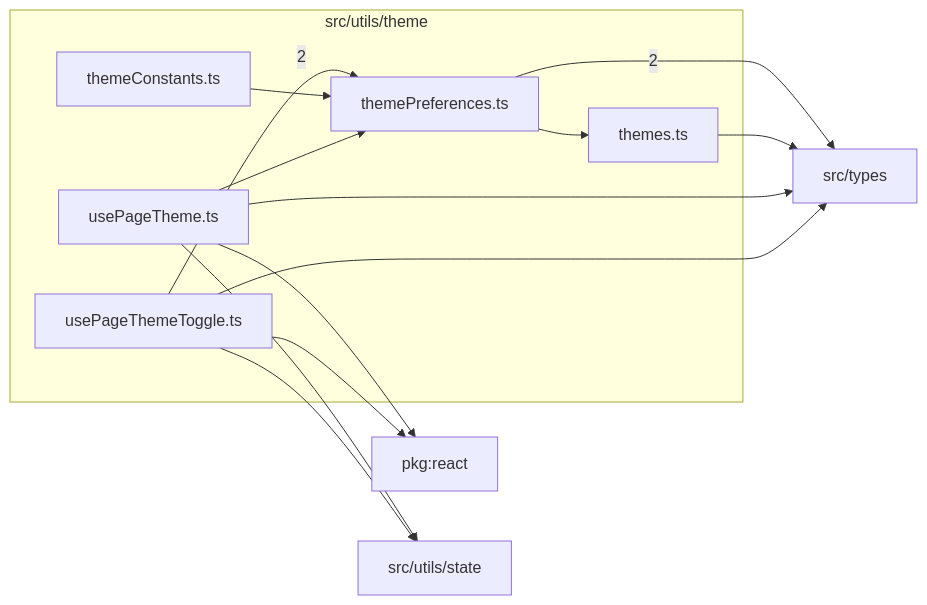
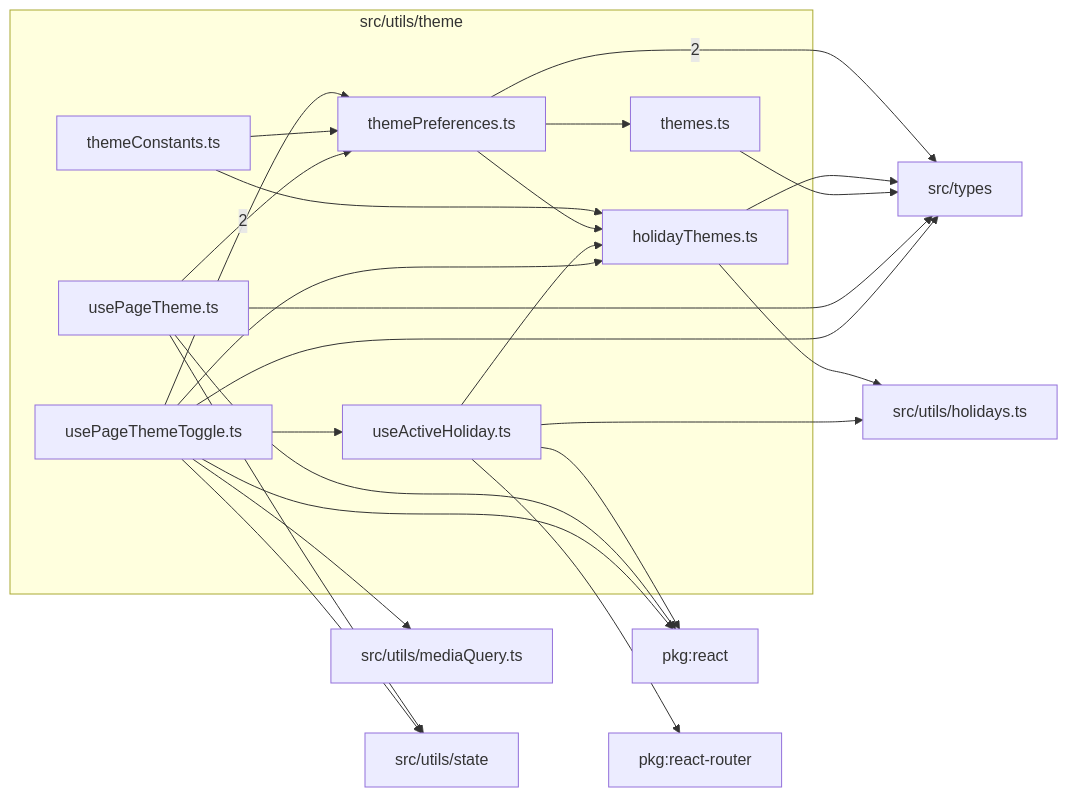
Before and after one commit to ronbuening/LensVisualizer: the diagram in src/utils/theme/readme.md, drawn with Mermaid. The commit also changed other lines of this file and 38 other files, not shown here.

````diff
--- a/src/utils/theme/readme.md
+++ b/src/utils/theme/readme.md
@@ -9,25 +9,41 @@
 ```mermaid
 flowchart LR
   subgraph n_src_utils_theme["src/utils/theme"]
+    n_src_utils_theme_src_utils_theme_holidayThemes_ts["holidayThemes.ts"]
     n_src_utils_theme_src_utils_theme_themeConstants_ts["themeConstants.ts"]
     n_src_utils_theme_src_utils_theme_themePreferences_ts["themePreferences.ts"]
     n_src_utils_theme_src_utils_theme_themes_ts["themes.ts"]
+    n_src_utils_theme_src_utils_theme_useActiveHoliday_ts["useActiveHoliday.ts"]
     n_src_utils_theme_src_utils_theme_usePageTheme_ts["usePageTheme.ts"]
     n_src_utils_theme_src_utils_theme_usePageThemeToggle_ts["usePageThemeToggle.ts"]
   end
   n_external_src_types["src/types"]
   n_external_pkg_react["pkg:react"]
+  n_external_pkg_react_router["pkg:react-router"]
+  n_external_src_utils_holidays_ts["src/utils/holidays.ts"]
+  n_external_src_utils_mediaQuery_ts["src/utils/mediaQuery.ts"]
   n_external_src_utils_state["src/utils/state"]
   n_src_utils_theme_src_utils_theme_themePreferences_ts --> |2| n_external_src_types
   n_src_utils_theme_src_utils_theme_usePageThemeToggle_ts --> |2| n_src_utils_theme_src_utils_theme_themePreferences_ts
+  n_src_utils_theme_src_utils_theme_useActiveHoliday_ts --> n_external_pkg_react
   n_src_utils_theme_src_utils_theme_usePageTheme_ts --> n_external_pkg_react
   n_src_utils_theme_src_utils_theme_usePageThemeToggle_ts --> n_external_pkg_react
+  n_src_utils_theme_src_utils_theme_useActiveHoliday_ts --> n_external_pkg_react_router
+  n_src_utils_theme_src_utils_theme_holidayThemes_ts --> n_external_src_types
   n_src_utils_theme_src_utils_theme_themes_ts --> n_external_src_types
   n_src_utils_theme_src_utils_theme_usePageTheme_ts --> n_external_src_types
   n_src_utils_theme_src_utils_theme_usePageThemeToggle_ts --> n_external_src_types
+  n_src_utils_theme_src_utils_theme_holidayThemes_ts --> n_external_src_utils_holidays_ts
+  n_src_utils_theme_src_utils_theme_useActiveHoliday_ts --> n_external_src_utils_holidays_ts
+  n_src_utils_theme_src_utils_theme_usePageThemeToggle_ts --> n_external_src_utils_mediaQuery_ts
   n_src_utils_theme_src_utils_theme_usePageTheme_ts --> n_external_src_utils_state
   n_src_utils_theme_src_utils_theme_usePageThemeToggle_ts --> n_external_src_utils_state
+  n_src_utils_theme_src_utils_theme_themeConstants_ts --> n_src_utils_theme_src_utils_theme_holidayThemes_ts
+  n_src_utils_theme_src_utils_theme_themePreferences_ts --> n_src_utils_theme_src_utils_theme_holidayThemes_ts
+  n_src_utils_theme_src_utils_theme_useActiveHoliday_ts --> n_src_utils_theme_src_utils_theme_holidayThemes_ts
+  n_src_utils_theme_src_utils_theme_usePageThemeToggle_ts --> n_src_utils_theme_src_utils_theme_holidayThemes_ts
   n_src_utils_theme_src_utils_theme_themeConstants_ts --> n_src_utils_theme_src_utils_theme_themePreferences_ts
   n_src_utils_theme_src_utils_theme_usePageTheme_ts --> n_src_utils_theme_src_utils_theme_themePreferences_ts
   n_src_utils_theme_src_utils_theme_themePreferences_ts --> n_src_utils_theme_src_utils_theme_themes_ts
+  n_src_utils_theme_src_utils_theme_usePageThemeToggle_ts --> n_src_utils_theme_src_utils_theme_useActiveHoliday_ts
 ```
````
